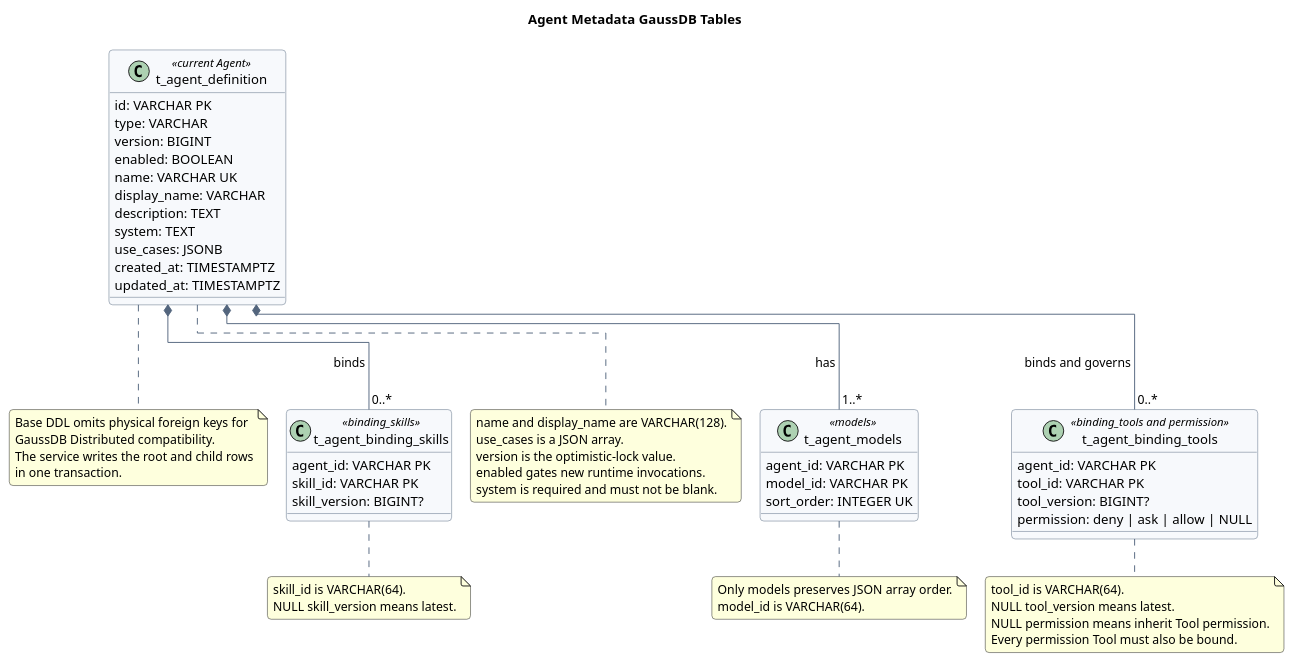
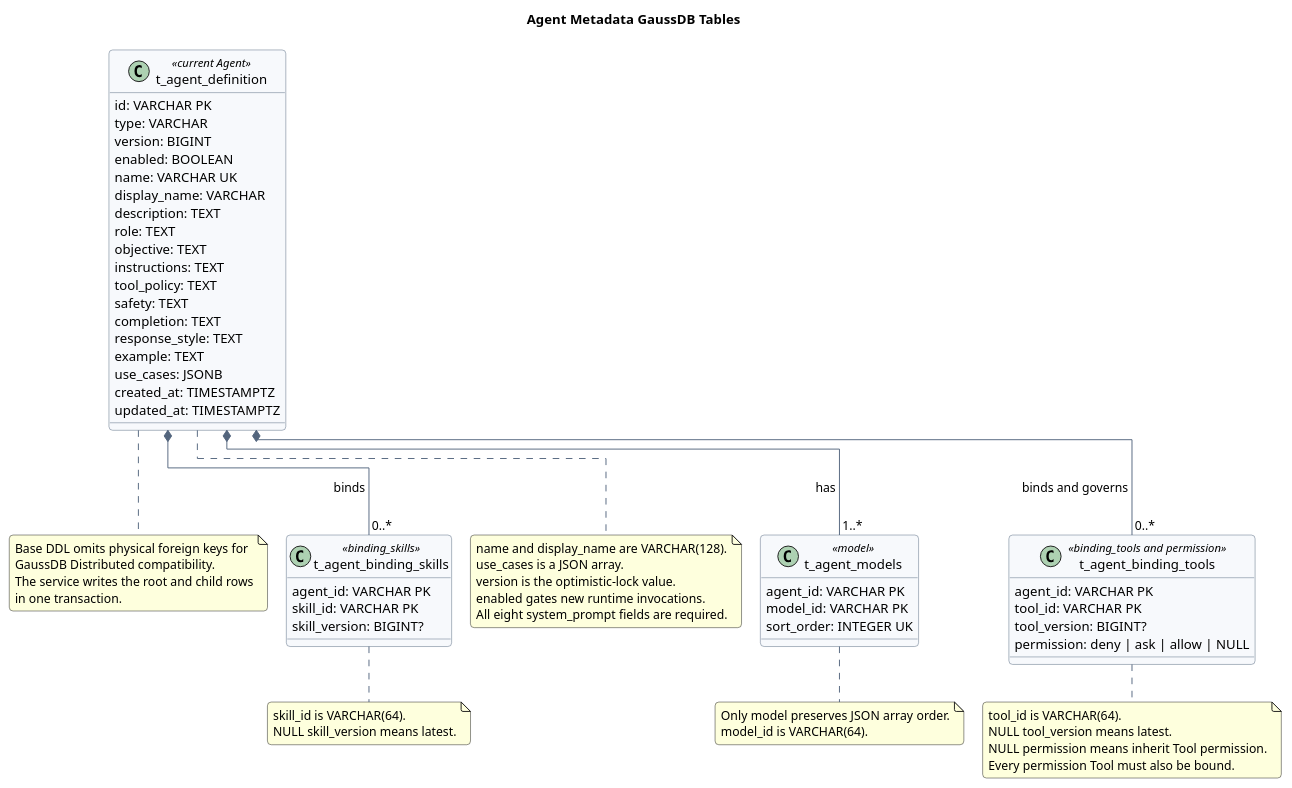
The diagram in agent-metadata-gaussdb-design/diagram.puml (superheromeZzh/pi-mono-java-design), drawn with PlantUML before and after one commit. The commit also changed other lines of this file and 4 other files, not shown here.

Commit message:
docs(agent): align system prompt schema fields

```diff
--- a/agent-metadata-gaussdb-design/diagram.puml
+++ b/agent-metadata-gaussdb-design/diagram.puml
@@ -6,102 +6,109 @@
 @startuml agent_metadata_gaussdb_model
 !pragma layout elk
 title Agent Metadata GaussDB Tables
 top to bottom direction
 
 skinparam backgroundColor #FFFFFF
 skinparam shadowing false
 skinparam roundcorner 8
 skinparam nodesep 45
 skinparam ranksep 50
 skinparam ArrowColor #53657D
 skinparam ClassBorderColor #53657D
 skinparam ClassBackgroundColor #F7F9FC
 skinparam classAttributeIconSize 0
 
 ' Source evidence:
 ' - Repository-relative path, Git-escaped:
 '   "AGENT\345\205\203\346\225\260\346\215\256\350\256\276\350\256\241.json":2-47.
-' - Fields at lines 2-24 map to t_agent_definition; enabled is Boolean.
-' - models at line 11 maps to the only ordered child table.
+' - Root fields at lines 2-10, system_prompt at 12-21, and use_cases at 22-24
+'   map to t_agent_definition; system_prompt is structured.
+' - model at line 11 maps to the only ordered child table.
 ' - Tool binding and permission fields at lines 25-30 and 37-47 are merged.
 ' - Skill bindings at lines 31-36 have no order column.
 ' Observed behavior: the current JSON is a current-state Agent resource with a
 ' monotonically increasing version and no separate history resource.
-' Design reason: the complete system prompt uses one required TEXT column to match
-' the managed-agent configuration model and avoid a rigid prompt-section schema.
-' Architecture change: the legacy structured system_prompt input is assembled into
-' one system string during import; the target database and API store only system.
+' Design reason: structured system_prompt fields use typed columns so each required
+' product field can be validated and updated independently.
+' Product constraint: all eight system_prompt fields are required in the target design.
 ' Product constraint: only model order is persisted; Tool and Skill order is not.
 ' GaussDB divergence: physical foreign keys are optional because GaussDB
 ' Distributed does not support them; the base DDL uses logical relationships.
 
 class t_agent_definition <<current Agent>> {
   id: VARCHAR PK
   type: VARCHAR
   version: BIGINT
   enabled: BOOLEAN
   name: VARCHAR UK
   display_name: VARCHAR
   description: TEXT
-  system: TEXT
+  role: TEXT
+  objective: TEXT
+  instructions: TEXT
+  tool_policy: TEXT
+  safety: TEXT
+  completion: TEXT
+  response_style: TEXT
+  example: TEXT
   use_cases: JSONB
   created_at: TIMESTAMPTZ
   updated_at: TIMESTAMPTZ
 }
 
-class t_agent_models <<models>> {
+class t_agent_models <<model>> {
   agent_id: VARCHAR PK
   model_id: VARCHAR PK
   sort_order: INTEGER UK
 }
 
 class t_agent_binding_tools <<binding_tools and permission>> {
   agent_id: VARCHAR PK
   tool_id: VARCHAR PK
   tool_version: BIGINT?
   permission: deny | ask | allow | NULL
 }
 
 class t_agent_binding_skills <<binding_skills>> {
   agent_id: VARCHAR PK
   skill_id: VARCHAR PK
   skill_version: BIGINT?
 }
 
 t_agent_definition *-- "1..*" t_agent_models : has
 t_agent_definition *-- "0..*" t_agent_binding_tools : binds and governs
 t_agent_definition *-- "0..*" t_agent_binding_skills : binds
 
 note right of t_agent_definition
 name and display_name are VARCHAR(128).
 use_cases is a JSON array.
 version is the optimistic-lock value.
 enabled gates new runtime invocations.
-system is required and must not be blank.
+All eight system_prompt fields are required.
 end note
 
 note right of t_agent_models
-Only models preserves JSON array order.
+Only model preserves JSON array order.
 model_id is VARCHAR(64).
 end note
 
 note bottom of t_agent_binding_tools
 tool_id is VARCHAR(64).
 NULL tool_version means latest.
 NULL permission means inherit Tool permission.
 Every permission Tool must also be bound.
 end note
 
 note bottom of t_agent_binding_skills
 skill_id is VARCHAR(64).
 NULL skill_version means latest.
 end note
 
 note bottom of t_agent_definition
 Base DDL omits physical foreign keys for
 GaussDB Distributed compatibility.
 The service writes the root and child rows
 in one transaction.
 end note
 
 @enduml
```
